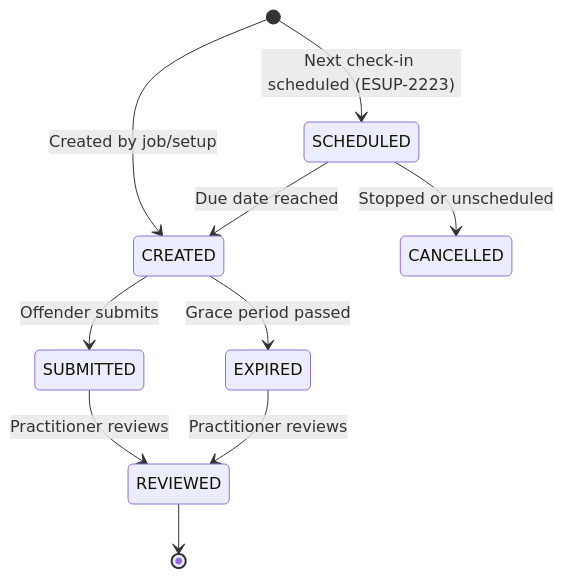
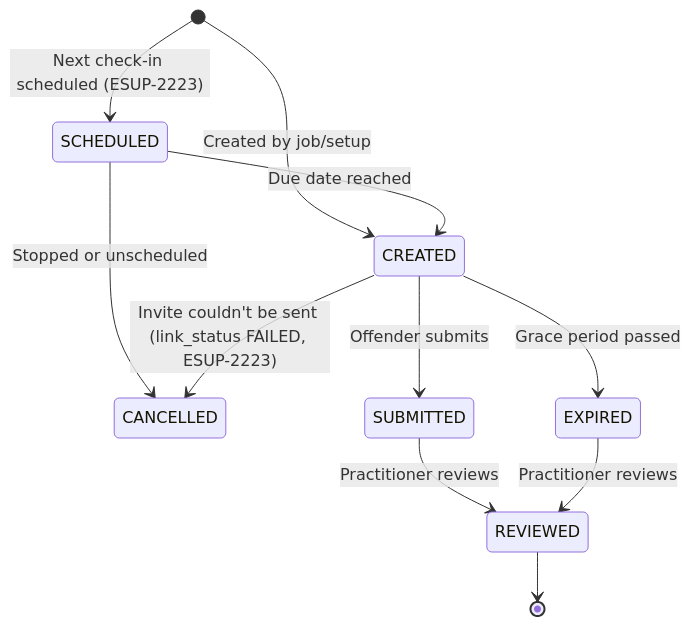
The third of 3 diagrams in docs/v2/DATA_MODEL.md (ministryofjustice/hmpps-esupervision-api), drawn with Mermaid before and after one commit. The commit also changed 9 other files, not shown here.

First line of the commit message:
ESUP-2223: record whether the check-in link was sent, and gate submission on it

````diff
--- a/docs/v2/DATA_MODEL.md
+++ b/docs/v2/DATA_MODEL.md
@@ -217,12 +217,13 @@
 ```mermaid
 stateDiagram-v2
     [*] --> SCHEDULED: Next check-in scheduled (ESUP-2223)
     [*] --> CREATED: Created by job/setup
     SCHEDULED --> CREATED: Due date reached
     SCHEDULED --> CANCELLED: Stopped or unscheduled
     CREATED --> SUBMITTED: Offender submits
     CREATED --> EXPIRED: Grace period passed
+    CREATED --> CANCELLED: Invite couldn't be sent (link_status FAILED, ESUP-2223)
     SUBMITTED --> REVIEWED: Practitioner reviews
     EXPIRED --> REVIEWED: Practitioner reviews
     REVIEWED --> [*]
 ```
````
